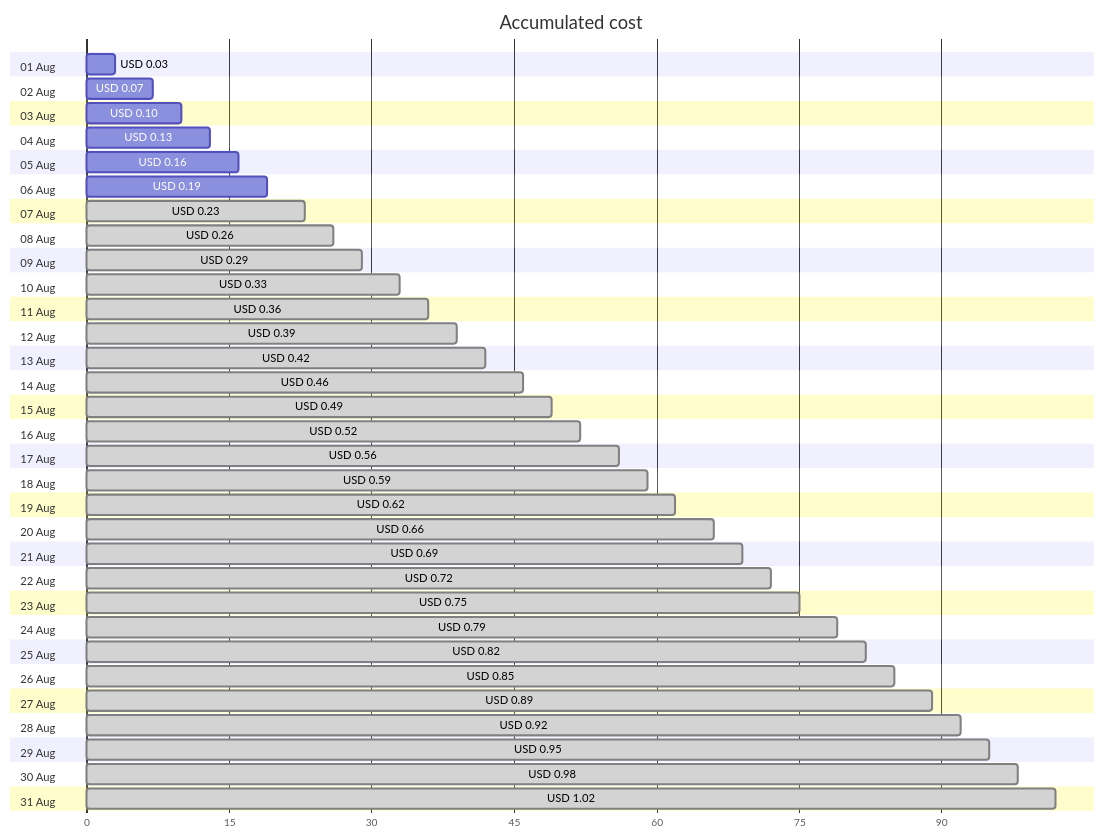
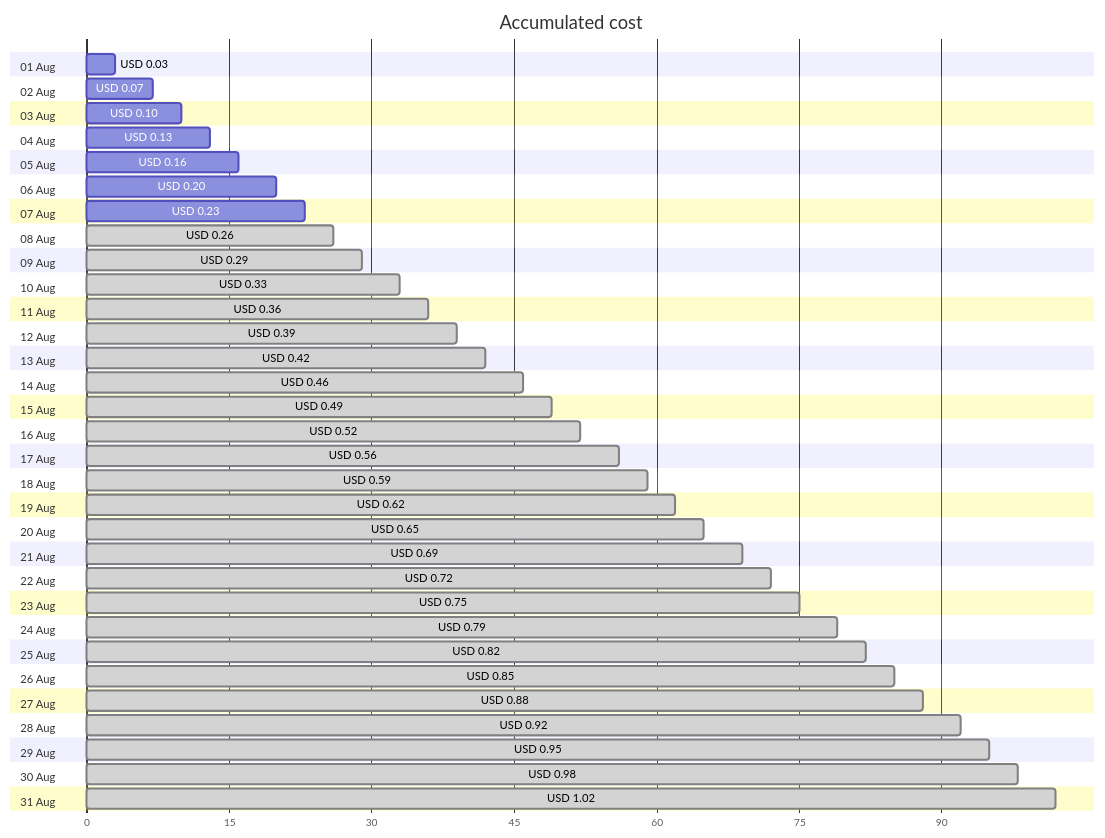
Before and after one commit to jpfulton/azure-personal-reports: the first of 4 diagrams in cost-reports/personal-dns/README.md, drawn with Mermaid. The commit also changed other lines of this file and 2 other files, not shown here.

````diff
--- a/cost-reports/personal-dns/README.md
+++ b/cost-reports/personal-dns/README.md
@@ -20,68 +20,68 @@
 ```mermaid
 gantt
    title Accumulated cost
    dateFormat  X
    axisFormat %s
    section 01 Aug
    USD 0.03 :0, 3
    section 02 Aug
    USD 0.07 :0, 7
    section 03 Aug
    USD 0.10 :0, 10
    section 04 Aug
    USD 0.13 :0, 13
    section 05 Aug
    USD 0.16 :0, 16
    section 06 Aug
-   USD 0.19 :0, 19
+   USD 0.20 :0, 20
    section 07 Aug
-   USD 0.23 : done, 0, 23
+   USD 0.23 :0, 23
    section 08 Aug
    USD 0.26 : done, 0, 26
    section 09 Aug
    USD 0.29 : done, 0, 29
    section 10 Aug
    USD 0.33 : done, 0, 33
    section 11 Aug
    USD 0.36 : done, 0, 36
    section 12 Aug
    USD 0.39 : done, 0, 39
    section 13 Aug
    USD 0.42 : done, 0, 42
    section 14 Aug
    USD 0.46 : done, 0, 46
    section 15 Aug
    USD 0.49 : done, 0, 49
    section 16 Aug
    USD 0.52 : done, 0, 52
    section 17 Aug
    USD 0.56 : done, 0, 56
    section 18 Aug
    USD 0.59 : done, 0, 59
    section 19 Aug
    USD 0.62 : done, 0, 62
    section 20 Aug
-   USD 0.66 : done, 0, 66
+   USD 0.65 : done, 0, 65
    section 21 Aug
    USD 0.69 : done, 0, 69
    section 22 Aug
    USD 0.72 : done, 0, 72
    section 23 Aug
    USD 0.75 : done, 0, 75
    section 24 Aug
    USD 0.79 : done, 0, 79
    section 25 Aug
    USD 0.82 : done, 0, 82
    section 26 Aug
    USD 0.85 : done, 0, 85
    section 27 Aug
-   USD 0.89 : done, 0, 89
+   USD 0.88 : done, 0, 88
    section 28 Aug
    USD 0.92 : done, 0, 92
    section 29 Aug
    USD 0.95 : done, 0, 95
    section 30 Aug
    USD 0.98 : done, 0, 98
    section 31 Aug
    USD 1.02 : done, 0, 102
 ```
````
